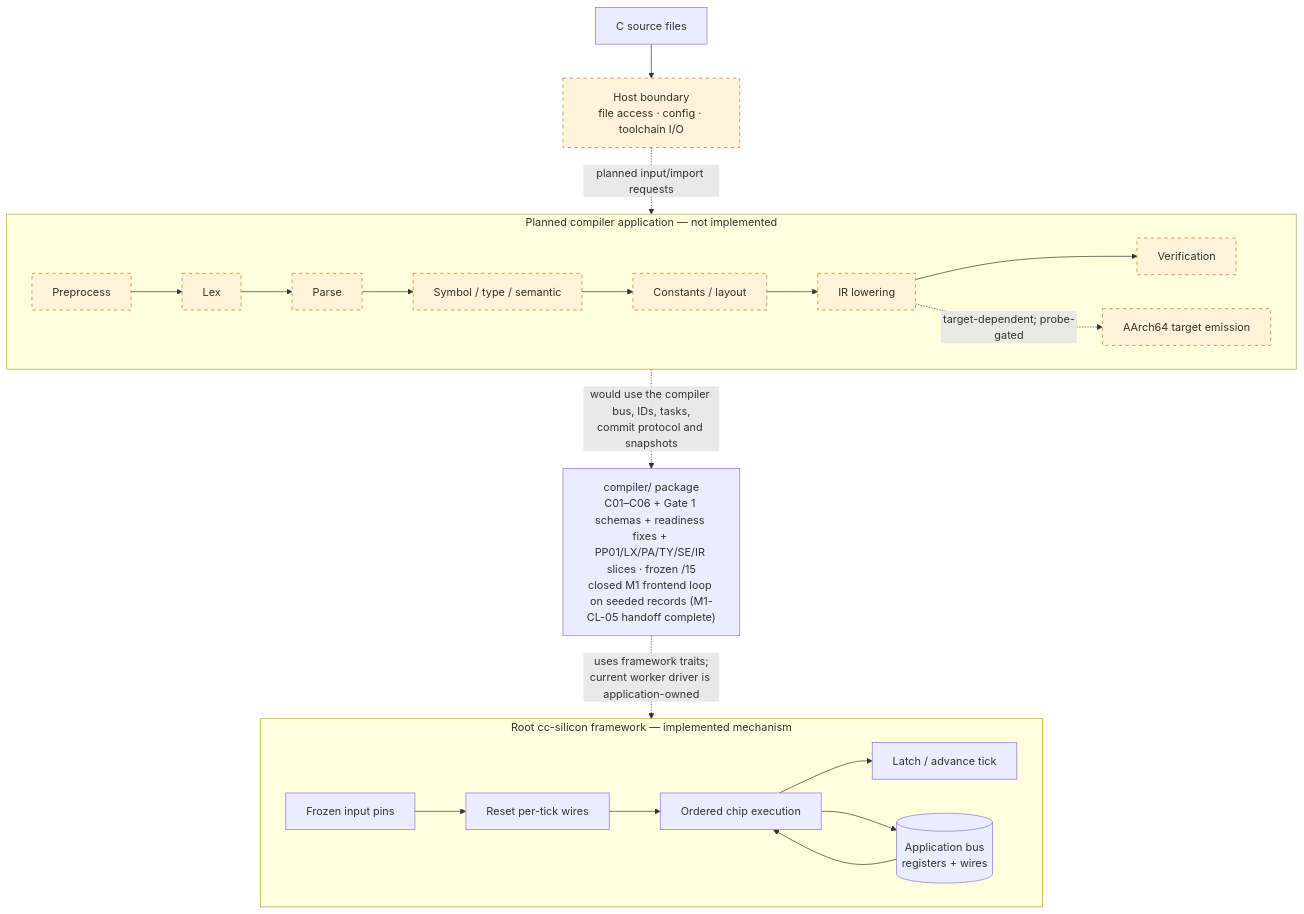
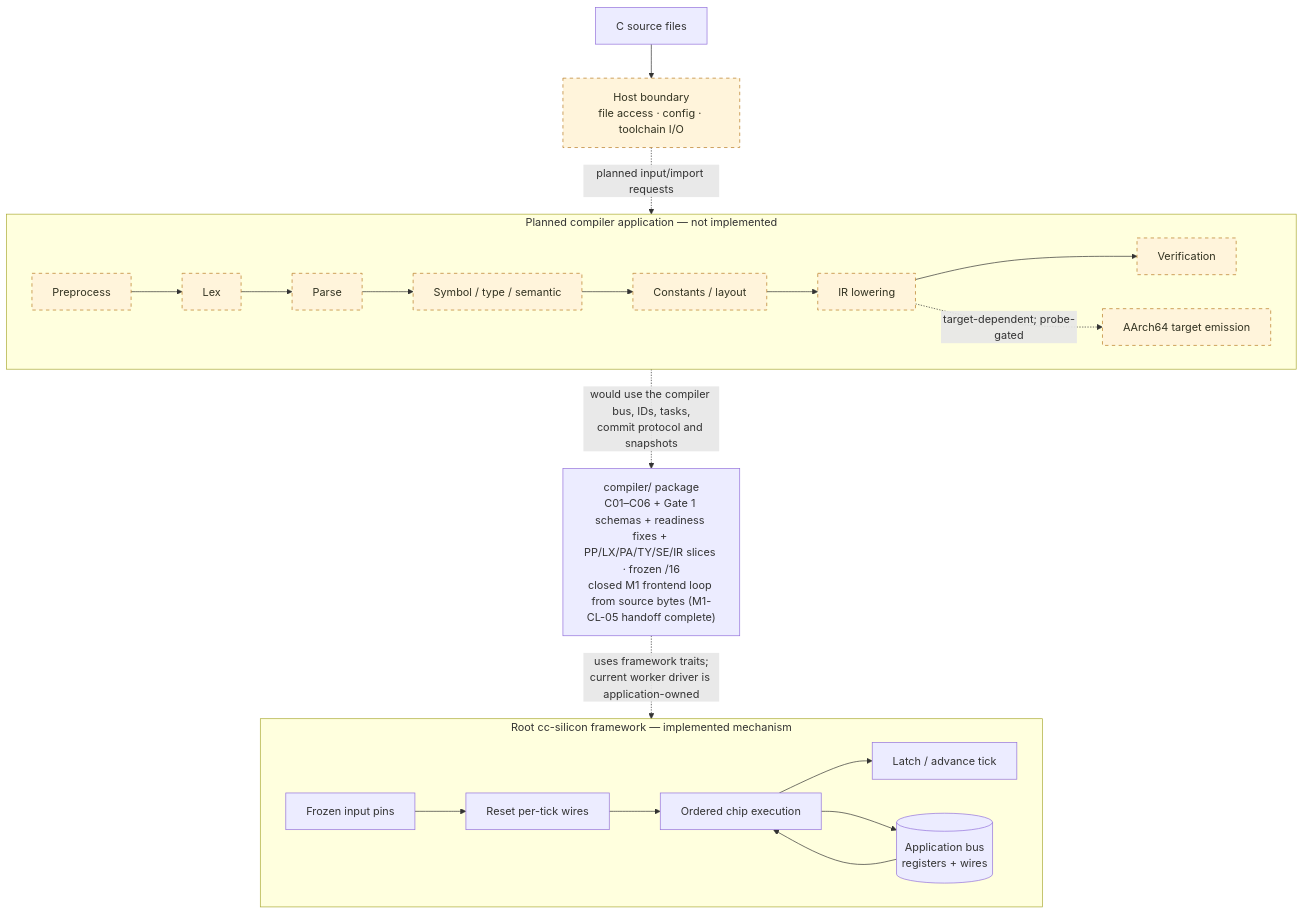
The first of 2 diagrams in README.md (immane/cc-silicon), drawn with Mermaid before and after one commit. The commit also changed other lines of this file and 19 other files, not shown here.

````diff
--- a/README.md
+++ b/README.md
@@ -130,28 +130,28 @@
 ```mermaid
 flowchart TB
     SRC["C source files"] --> HOST["Host boundary<br/>file access · config · toolchain I/O"]
     HOST -. "planned input/import requests" .-> PIPE
 
     subgraph PIPE["Planned compiler application — not implemented"]
         direction LR
         PP["Preprocess"] --> LEX["Lex"] --> PARSE["Parse"] --> SEM["Symbol / type / semantic"]
         SEM --> CONST["Constants / layout"] --> IR["IR lowering"] --> VERIFY["Verification"]
         IR -. "target-dependent; probe-gated" .-> TARGET["AArch64 target emission"]
     end
 
-    FOUNDATION["compiler/ package<br/>C01–C06 + Gate 1 schemas + readiness fixes + PP01/LX/PA/TY/SE/IR slices · frozen /15<br/>closed M1 frontend loop on seeded records (M1-CL-05 handoff complete)"]
+    FOUNDATION["compiler/ package<br/>C01–C06 + Gate 1 schemas + readiness fixes + PP/LX/PA/TY/SE/IR slices · frozen /16<br/>closed M1 frontend loop from source bytes (M1-CL-05 handoff complete)"]
     PIPE -. "would use the compiler bus, IDs, tasks,<br/>commit protocol and snapshots" .-> FOUNDATION
 
     subgraph RUNTIME["Root cc-silicon framework — implemented mechanism"]
         direction LR
         PINS["Frozen input pins"] --> RESET["Reset per-tick wires"] --> CHIPS["Ordered chip execution"]
         CHIPS --> LATCH["Latch / advance tick"]
         BUS[("Application bus<br/>registers + wires")]
         BUS --> CHIPS
         CHIPS --> BUS
     end
     FOUNDATION -. "uses framework traits;<br/>current worker driver is application-owned" .-> RUNTIME
 
     classDef planned fill:#fff4db,stroke:#b7791f,stroke-dasharray:5 5,color:#332;
     class PP,LEX,PARSE,SEM,CONST,IR,VERIFY,TARGET,HOST planned;
 ```
````
